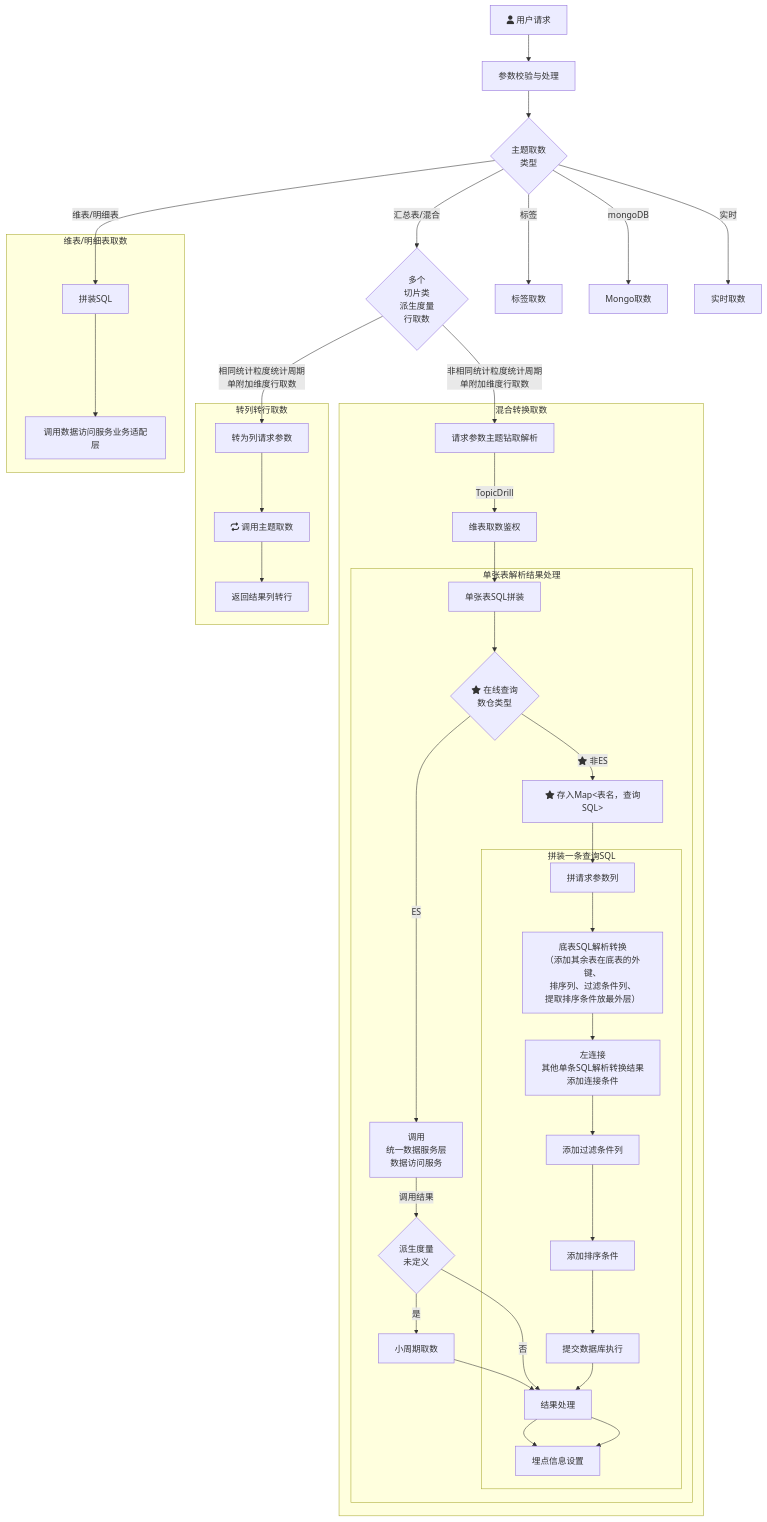
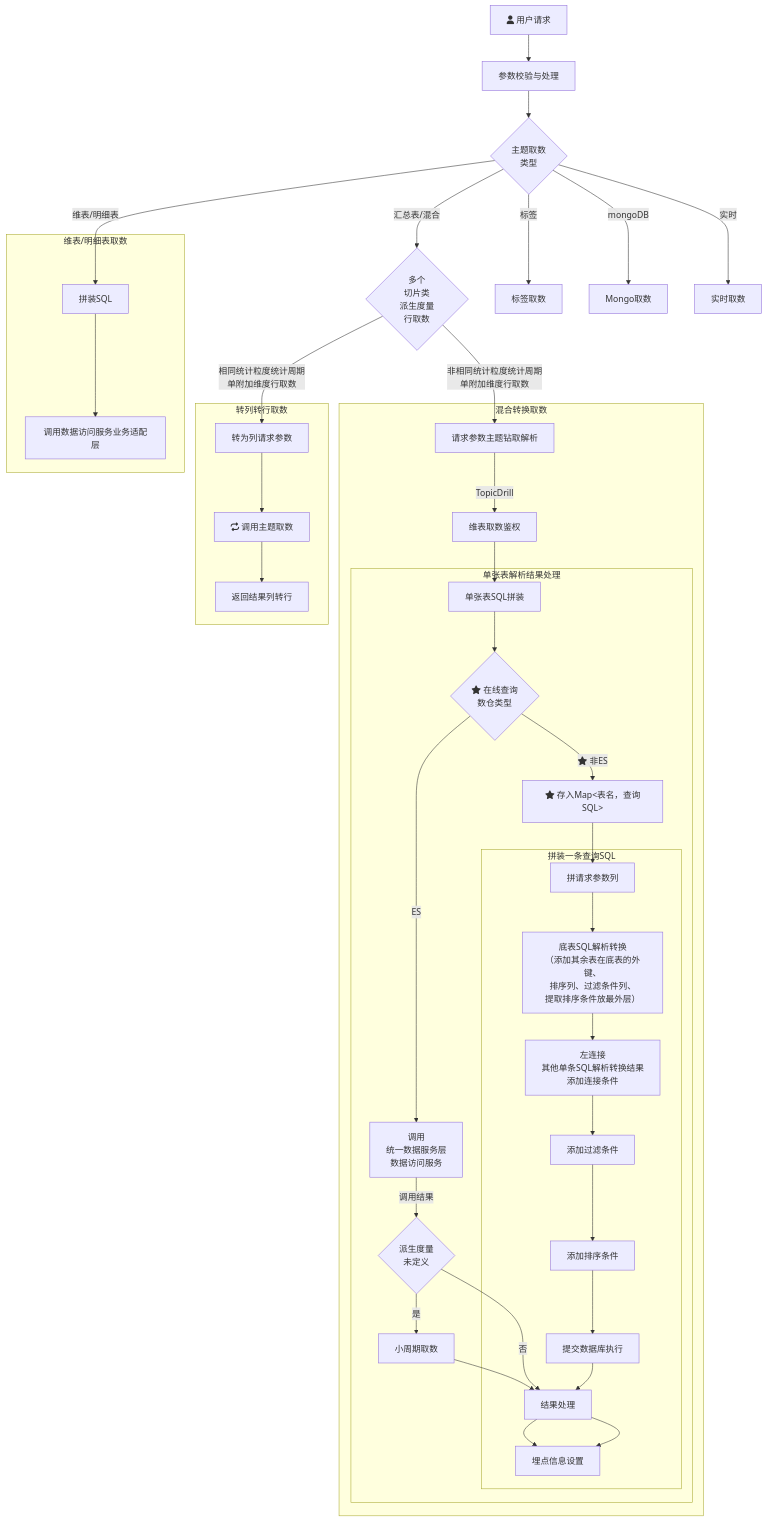
Before and after one commit to yanglosm/iodraw-files: the diagram in all/未命名.md, drawn with Mermaid.

Commit message:
2024-11-29 19:42:55 update

````diff
--- a/all/未命名.md
+++ b/all/未命名.md
@@ -1,30 +1,30 @@
 ```mermaid
 flowchart TD
     A[fa:fa-user 用户请求] -->A1[参数校验与处理] --> B{主题取数\n类型}
     B -->|维表/明细表| D[拼装SQL]
     B -->|汇总表/混合| E{多个\n切片类\n派生度量\n行取数}
     B -->|标签| F[标签取数]
     B -->|mongoDB| G[Mongo取数]
     B -->|实时| H[实时取数]
     E -->|相同统计粒度统计周期\n单附加维度行取数| E1[转为列请求参数]
     E -->|非相同统计粒度统计周期\n单附加维度行取数| T1[请求参数主题钻取解析]
     subgraph 维表/明细表取数
     D-->D1[调用数据访问服务业务适配层]
     end
     subgraph 转列转行取数
     E1-->E11[fa:fa-repeat 调用主题取数]-->E12[返回结果列转行]
     end
     subgraph 混合转换取数
     T1-->|TopicDrill| T2[维表取数鉴权] --> T31[单张表SQL拼装]
         subgraph 单张表解析结果处理
         T31 --> T4{fa:fa-star 在线查询\n数仓类型}-->|ES|T32[调用\n统一数据服务层\n数据访问服务] --> |调用结果|T33{派生度量\n未定义}
         T33 --> |是|T33_1[小周期取数]-->T34[结果处理]-->T35[埋点信息设置]
         T33 --> |否|T34
         T4 --> |fa:fa-star 非ES|T41["fa:fa-star 存入Map<表名，查询SQL>"]
         T41 --> T42[拼请求参数列]
             subgraph 拼装一条查询SQL
-            T42 --> M1["底表SQL解析转换\n（添加其余表在底表的外键、\n排序列、过滤条件列、\n提取排序条件放最外层）"] --> M2[左连接\n其他单条SQL解析转换结果\n添加连接条件] --> 添加过滤条件列 --> 添加排序条件 --> 提交数据库执行 --> T34 --> T35
+            T42 --> M1["底表SQL解析转换\n（添加其余表在底表的外键、\n排序列、过滤条件列、\n提取排序条件放最外层）"] --> M2[左连接\n其他单条SQL解析转换结果\n添加连接条件] --> 添加过滤条件 --> 添加排序条件 --> 提交数据库执行 --> T34 --> T35
             end
         end
     end
 ```
````
